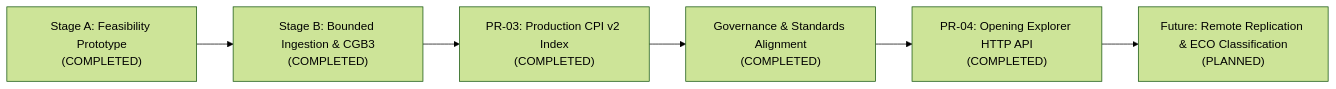
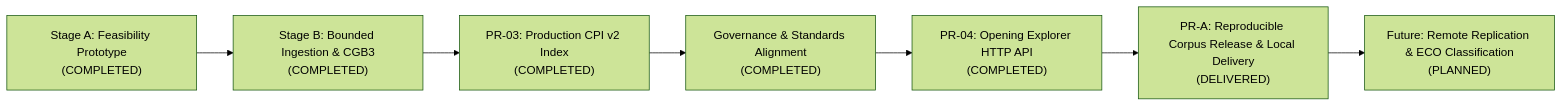
The diagram in docs/ROADMAP.md (Nerver-zip/chess-database-api), drawn with Mermaid (forest theme) before and after one commit. The commit also changed other lines of this file and 11 other files, not shown here.

````diff
--- a/docs/ROADMAP.md
+++ b/docs/ROADMAP.md
@@ -15,8 +15,9 @@
 ```mermaid
 flowchart LR
     M1["Stage A: Feasibility Prototype<br/>(COMPLETED)"] --> M2["Stage B: Bounded Ingestion & CGB3<br/>(COMPLETED)"]
     M2 --> M3["PR-03: Production CPI v2 Index<br/>(COMPLETED)"]
     M3 --> M4["Governance & Standards Alignment<br/>(COMPLETED)"]
     M4 --> M5["PR-04: Opening Explorer HTTP API<br/>(COMPLETED)"]
-    M5 --> M6["Future: Remote Replication & ECO Classification<br/>(PLANNED)"]
+    M5 --> M5b["PR-A: Reproducible Corpus Release & Local Delivery<br/>(DELIVERED)"]
+    M5b --> M6["Future: Remote Replication & ECO Classification<br/>(PLANNED)"]
 ```
````
